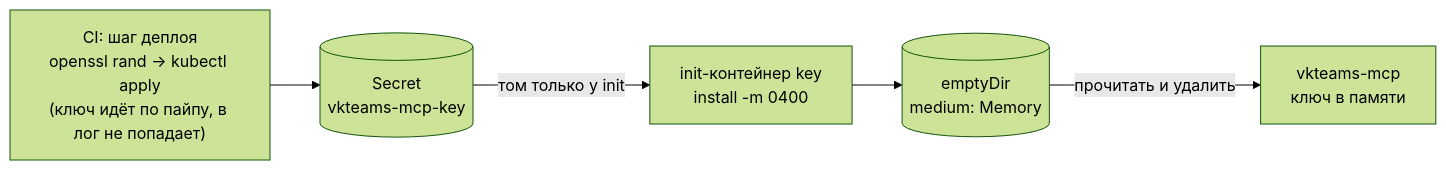
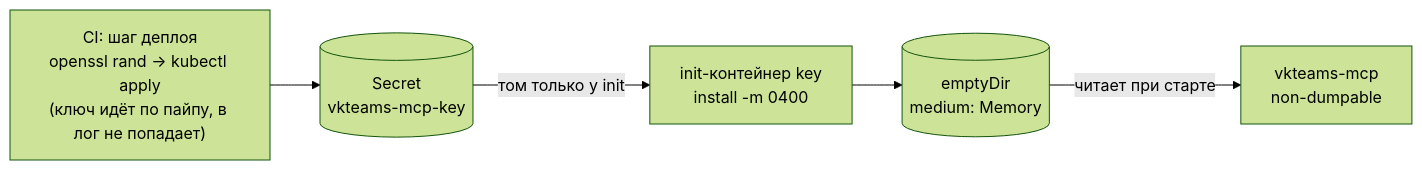
One commit to widmo-ru/vkteams-mcp changed the first of 2 diagrams in deploy/README.md. Above: the diagram before and after it, drawn with Mermaid (forest theme). The commit also changed other lines of this file and 13 other files, not shown here.

First line of the commit message:
The key file stays, locked to the server's user, and the process is non-dumpable

````diff
--- a/deploy/README.md
+++ b/deploy/README.md
@@ -8,7 +9,7 @@
 ```mermaid
 flowchart LR
   CI["CI: шаг деплоя<br/>openssl rand → kubectl apply<br/>(ключ идёт по пайпу, в лог не попадает)"] --> S[("Secret<br/>vkteams-mcp-key")]
   S -->|"том только у init"| I["init-контейнер key<br/>install -m 0400"]
   I --> E[("emptyDir<br/>medium: Memory")]
-  E -->|"прочитать и удалить"| M["vkteams-mcp<br/>ключ в памяти"]
+  E -->|"читает при старте"| M["vkteams-mcp<br/>non-dumpable"]
 ```
````
